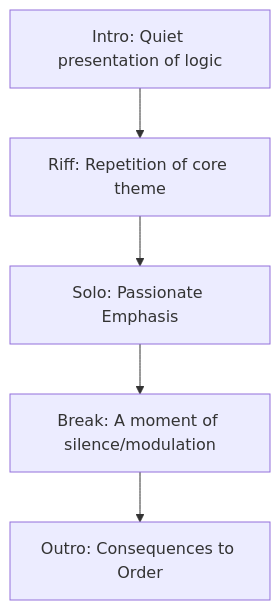
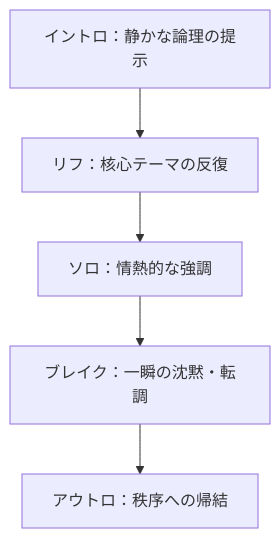
The first of 3 diagrams in en/_posts/2025-10-25-column-takaichi-metal.md (monumental-movement/monumental-movement.github.io), drawn with Mermaid before and after one commit. The commit also changed other lines of this file and 1701 other files, not shown here.

```diff
--- a/en/_posts/2025-10-25-column-takaichi-metal.md
+++ b/en/_posts/2025-10-25-column-takaichi-metal.md
@@ -104,12 +100,12 @@
 <div class="mermaid">
 
 flowchart TD
-A["Intro: Quiet presentation of logic"]
-B["Riff: Repetition of core theme"]
-C["Solo: Passionate Emphasis"]
-D["Break: A moment of silence/modulation"]
-E["Outro: Consequences to Order"]
+    A["イントロ：静かな論理の提示"]
+    B["リフ：核心テーマの反復"]
+    C["ソロ：情熱的な強調"]
+    D["ブレイク：一瞬の沈黙・転調"]
+    E["アウトロ：秩序への帰結"]
 
-A --> B --> C --> D --> E
+    A --> B --> C --> D --> E
 
 </div>
```
